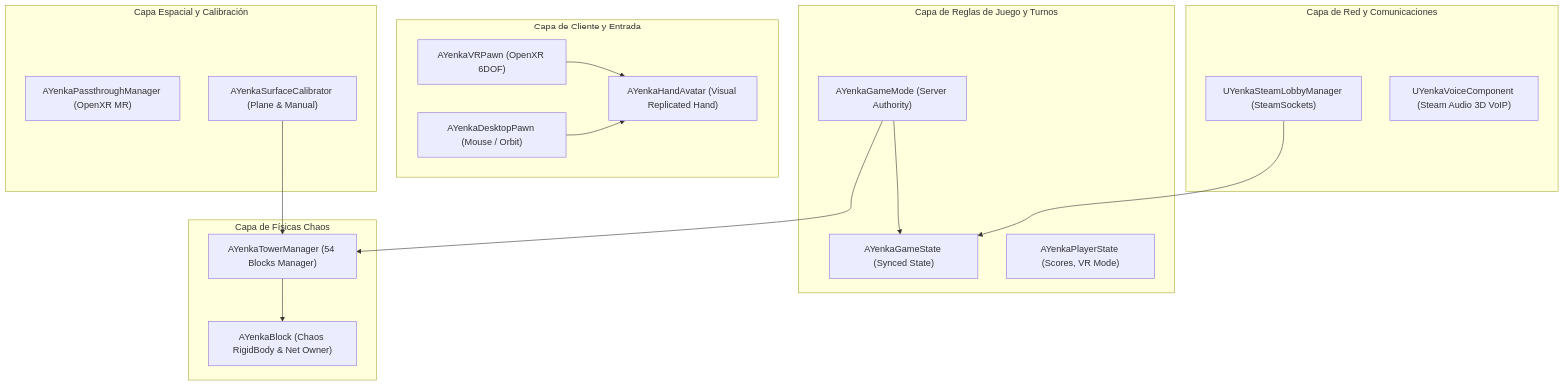
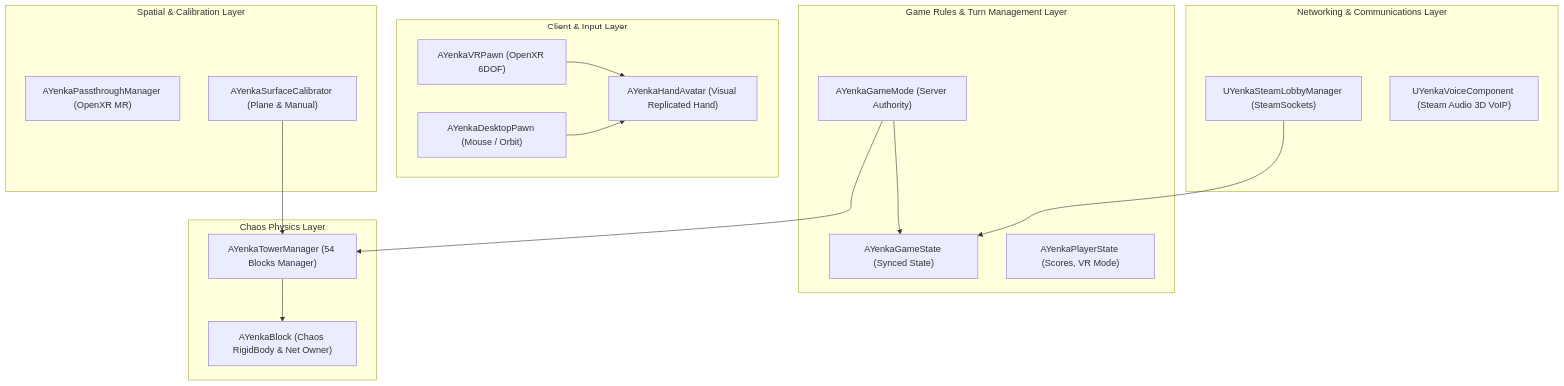
Before and after one commit to emrojo/yenka-vr: the first of 4 diagrams in docs/ARCHITECTURE.md, drawn with Mermaid. The commit also changed other lines of this file and 3 other files, not shown here.

Commit message:
docs: translate all markdown documentation (README, ARCHITECTURE, REQUIREMENTS, DECISION_LOG) to English

````diff
--- a/docs/ARCHITECTURE.md
+++ b/docs/ARCHITECTURE.md
@@ -9,37 +9,37 @@
 ```mermaid
 graph TD
-    subgraph ClientLayer ["Capa de Cliente y Entrada"]
+    subgraph ClientLayer ["Client & Input Layer"]
         VRPawn["AYenkaVRPawn (OpenXR 6DOF)"]
         DesktopPawn["AYenkaDesktopPawn (Mouse / Orbit)"]
         HandAvatar["AYenkaHandAvatar (Visual Replicated Hand)"]
     end
 
-    subgraph SpatialLayer ["Capa Espacial y Calibración"]
+    subgraph SpatialLayer ["Spatial & Calibration Layer"]
         PassthroughMgr["AYenkaPassthroughManager (OpenXR MR)"]
         SurfaceCalib["AYenkaSurfaceCalibrator (Plane & Manual)"]
     end
 
-    subgraph CoreLayer ["Capa de Reglas de Juego y Turnos"]
+    subgraph CoreLayer ["Game Rules & Turn Management Layer"]
         GameMode["AYenkaGameMode (Server Authority)"]
         GameState["AYenkaGameState (Synced State)"]
         PlayerState["AYenkaPlayerState (Scores, VR Mode)"]
     end
 
-    subgraph PhysicsLayer ["Capa de Físicas Chaos"]
+    subgraph PhysicsLayer ["Chaos Physics Layer"]
         TowerMgr["AYenkaTowerManager (54 Blocks Manager)"]
         BlockActor["AYenkaBlock (Chaos RigidBody & Net Owner)"]
     end
 
-    subgraph NetworkLayer ["Capa de Red y Comunicaciones"]
+    subgraph NetworkLayer ["Networking & Communications Layer"]
         SteamLobby["UYenkaSteamLobbyManager (SteamSockets)"]
         VoiceComponent["UYenkaVoiceComponent (Steam Audio 3D VoIP)"]
     end
 
     VRPawn --> HandAvatar
     DesktopPawn --> HandAvatar
     SurfaceCalib --> TowerMgr
     GameMode --> GameState
     GameMode --> TowerMgr
     TowerMgr --> BlockActor
     SteamLobby --> GameState
 ```
````
